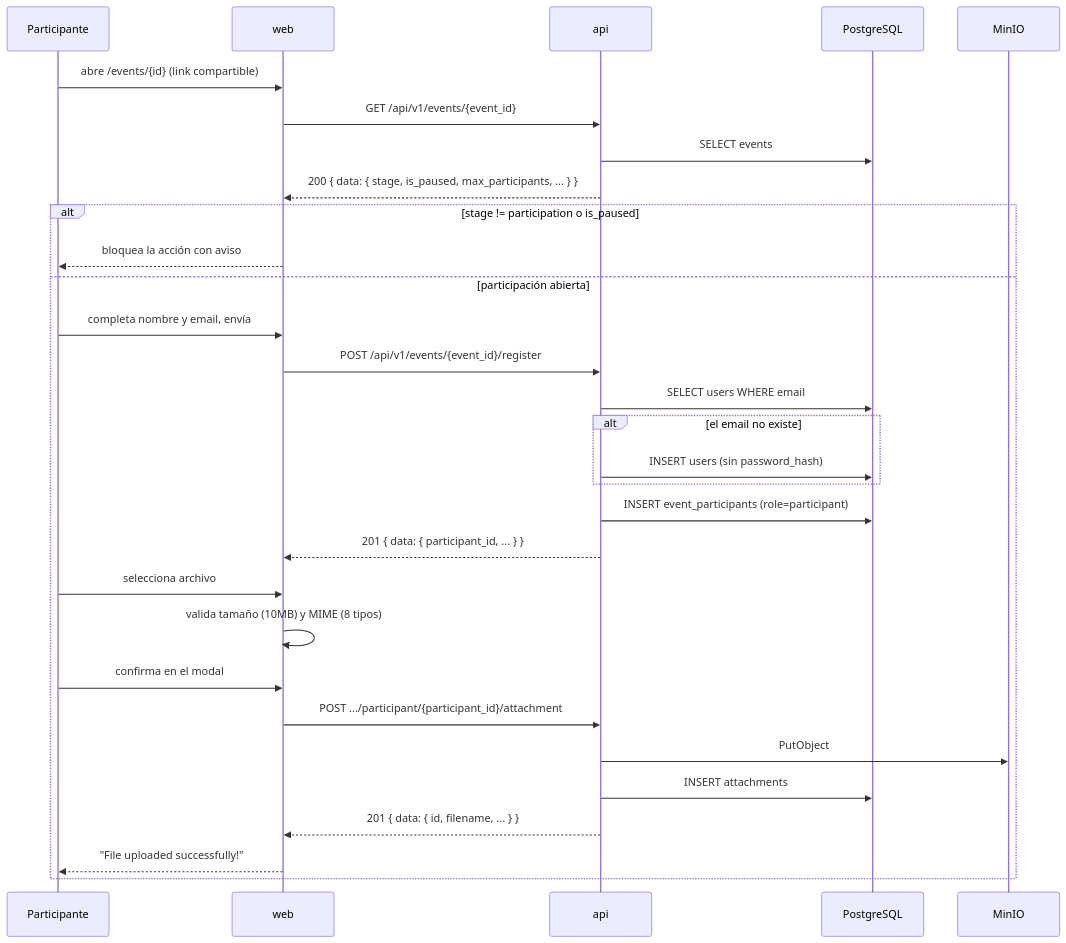
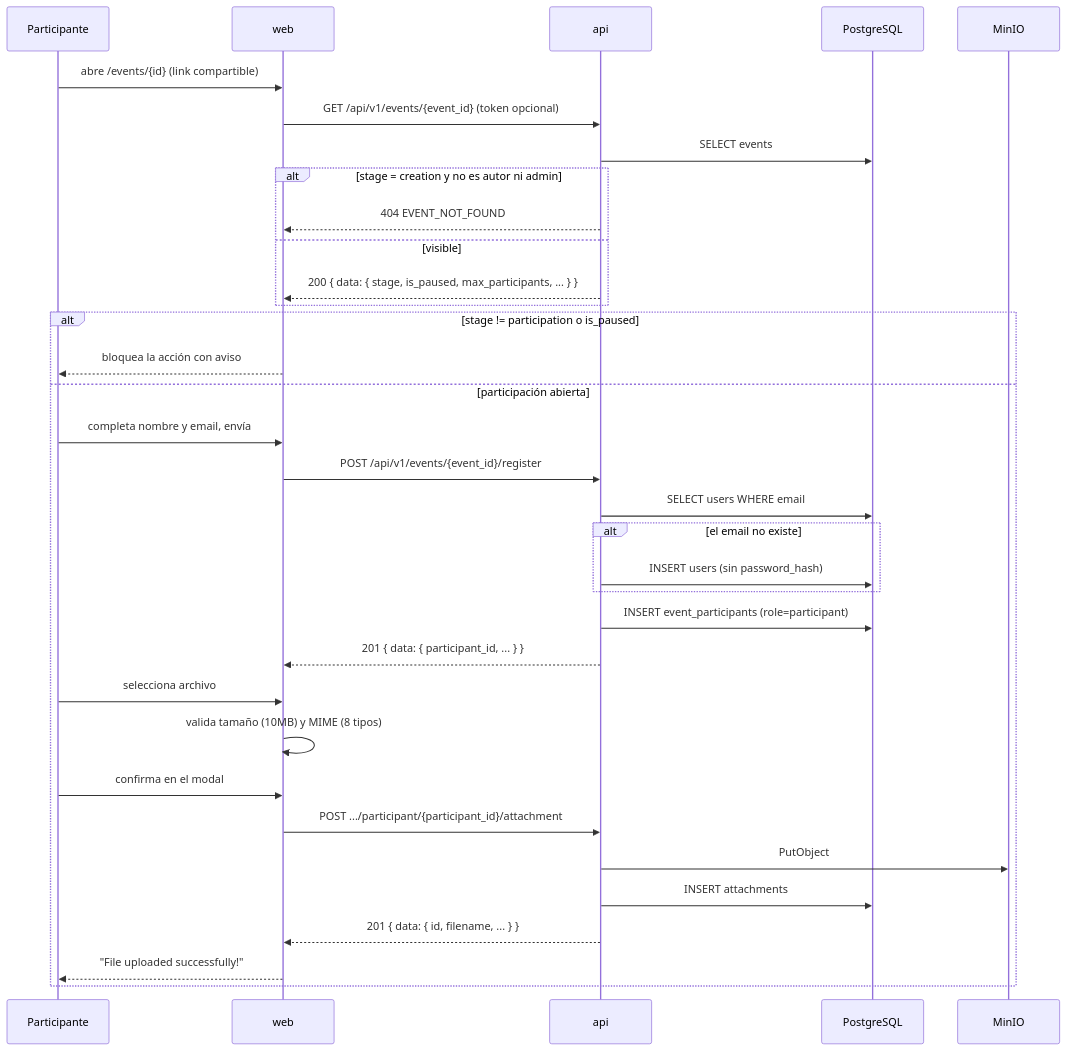
One commit to gravadigital/telescope changed the diagram in docs/flows/registro-y-carga-de-propuesta.md. Above: the diagram before and after it, drawn with Mermaid. The commit also changed other lines of this file and 29 other files, not shown here.

````diff
--- a/docs/flows/registro-y-carga-de-propuesta.md
+++ b/docs/flows/registro-y-carga-de-propuesta.md
@@ -57,35 +56,39 @@
 ```mermaid
 sequenceDiagram
     participant U as Participante
     participant WEB as web
     participant API as api
     participant DB as PostgreSQL
     participant S3 as MinIO
 
     U->>WEB: abre /events/{id} (link compartible)
-    WEB->>API: GET /api/v1/events/{event_id}
+    WEB->>API: GET /api/v1/events/{event_id} (token opcional)
     API->>DB: SELECT events
-    API-->>WEB: 200 { data: { stage, is_paused, max_participants, ... } }
+    alt stage = creation y no es autor ni admin
+        API-->>WEB: 404 EVENT_NOT_FOUND
+    else visible
+        API-->>WEB: 200 { data: { stage, is_paused, max_participants, ... } }
+    end
 
     alt stage != participation o is_paused
         WEB-->>U: bloquea la acción con aviso
     else participación abierta
         U->>WEB: completa nombre y email, envía
         WEB->>API: POST /api/v1/events/{event_id}/register
         API->>DB: SELECT users WHERE email
         alt el email no existe
             API->>DB: INSERT users (sin password_hash)
         end
         API->>DB: INSERT event_participants (role=participant)
         API-->>WEB: 201 { data: { participant_id, ... } }
 
         U->>WEB: selecciona archivo
         WEB->>WEB: valida tamaño (10MB) y MIME (8 tipos)
         U->>WEB: confirma en el modal
         WEB->>API: POST .../participant/{participant_id}/attachment
         API->>S3: PutObject
         API->>DB: INSERT attachments
         API-->>WEB: 201 { data: { id, filename, ... } }
         WEB-->>U: "File uploaded successfully!"
     end
 ```
````
